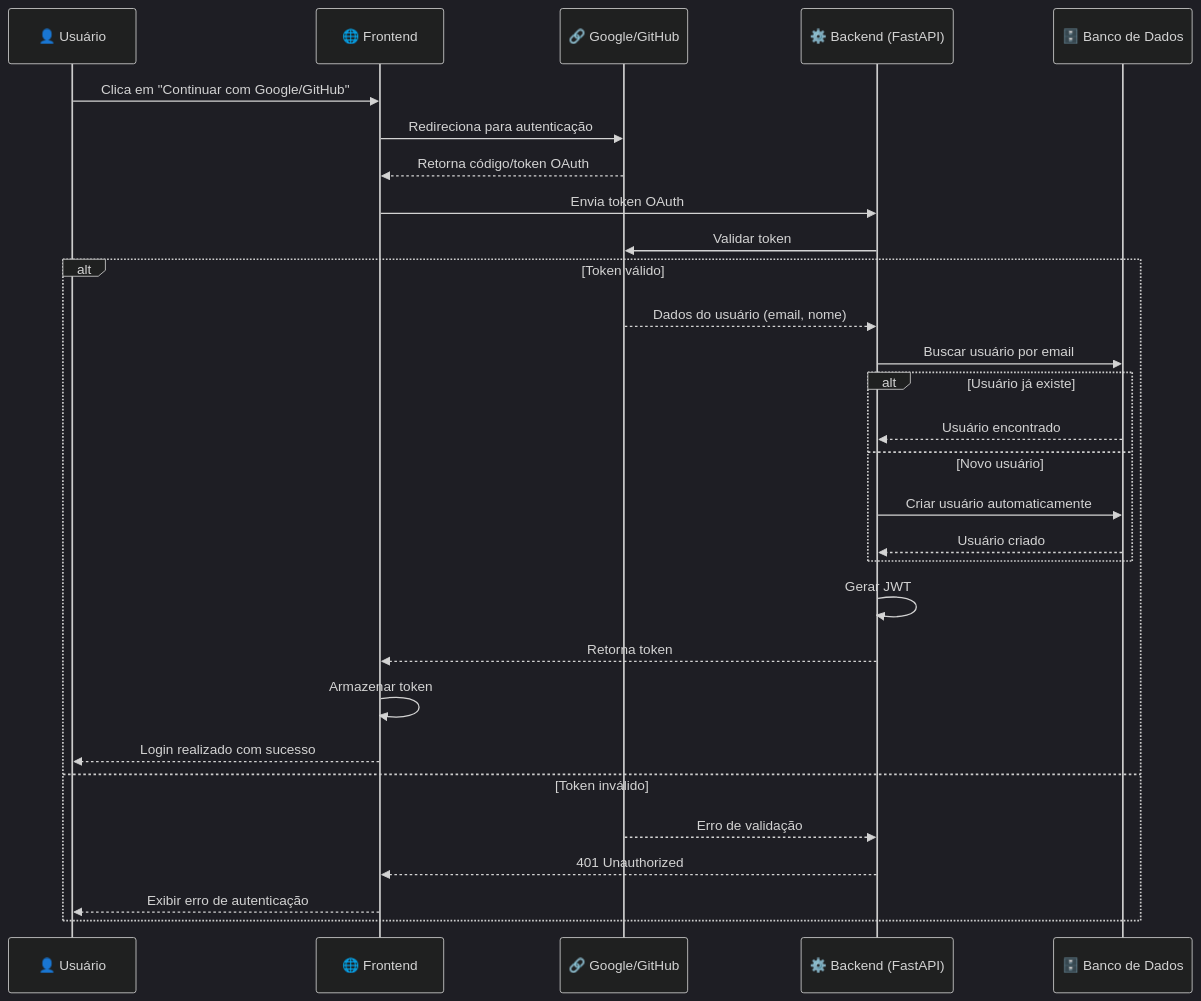
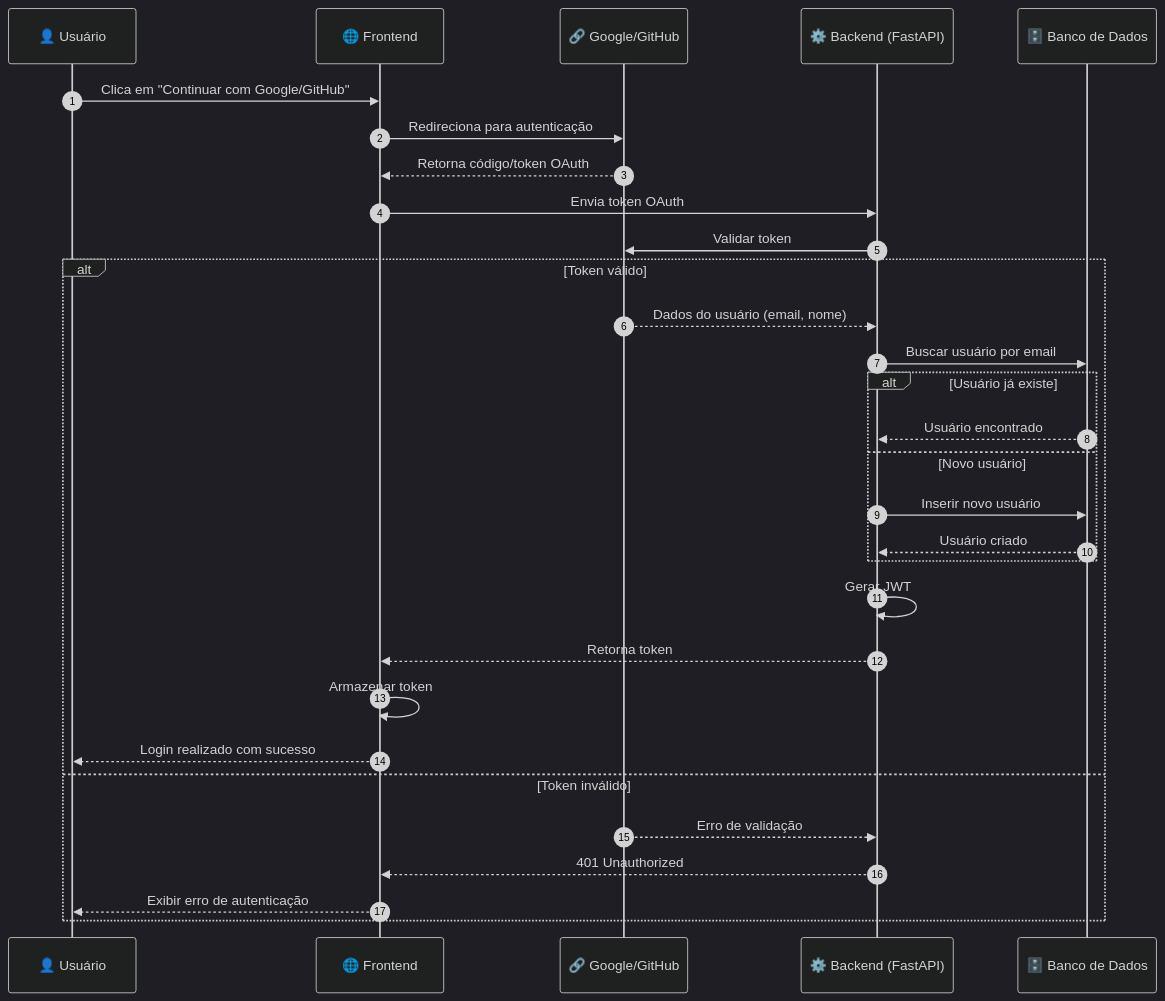
Before and after one commit to Kevyn02/TaskFlow: the fifth of 8 diagrams in README.md, drawn with Mermaid (dark theme). The commit also changed other lines of this file, not shown here.

Commit message:
docs: corrigir diagrama de sequência e adicionar fluxo de status por projeto

````diff
--- a/README.md
+++ b/README.md
@@ -637,42 +647,48 @@
 ```mermaid id="seq-social-auth"
 sequenceDiagram
-
+    autonumber
     participant U as 👤 Usuário
     participant FE as 🌐 Frontend
     participant OAUTH as 🔗 Google/GitHub
     participant API as ⚙️ Backend (FastAPI)
     participant DB as 🗄️ Banco de Dados
 
+    %% 1. Usuário inicia login social
     U->>FE: Clica em "Continuar com Google/GitHub"
     FE->>OAUTH: Redireciona para autenticação
 
+    %% 2. Retorno do OAuth
     OAUTH-->>FE: Retorna código/token OAuth
-
     FE->>API: Envia token OAuth
 
+    %% 3. Validação do token no backend
     API->>OAUTH: Validar token
 
     alt Token válido
         OAUTH-->>API: Dados do usuário (email, nome)
 
+        %% 4. Verificar se usuário já existe
         API->>DB: Buscar usuário por email
 
         alt Usuário já existe
             DB-->>API: Usuário encontrado
         else Novo usuário
-            API->>DB: Criar usuário automaticamente
+            %% 5. Criar usuário automaticamente
+            API->>DB: Inserir novo usuário
             DB-->>API: Usuário criado
         end
 
+        %% 6. Gerar token JWT
         API->>API: Gerar JWT
         API-->>FE: Retorna token
 
+        %% 7. Armazenar token e autenticar
         FE->>FE: Armazenar token
         FE-->>U: Login realizado com sucesso
 
     else Token inválido
         OAUTH-->>API: Erro de validação
         API-->>FE: 401 Unauthorized
         FE-->>U: Exibir erro de autenticação
     end
 ```
````
